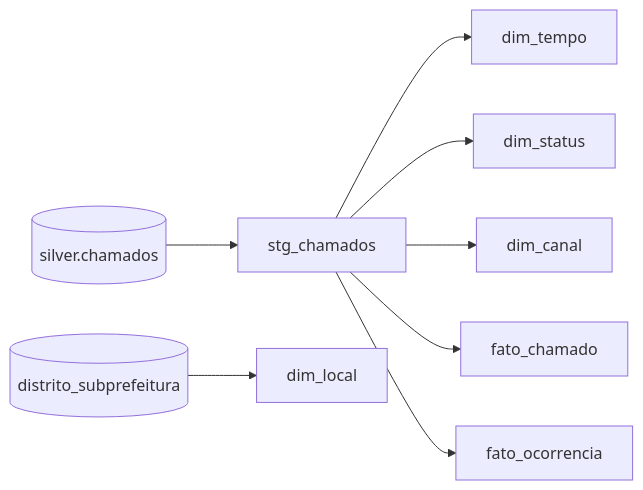
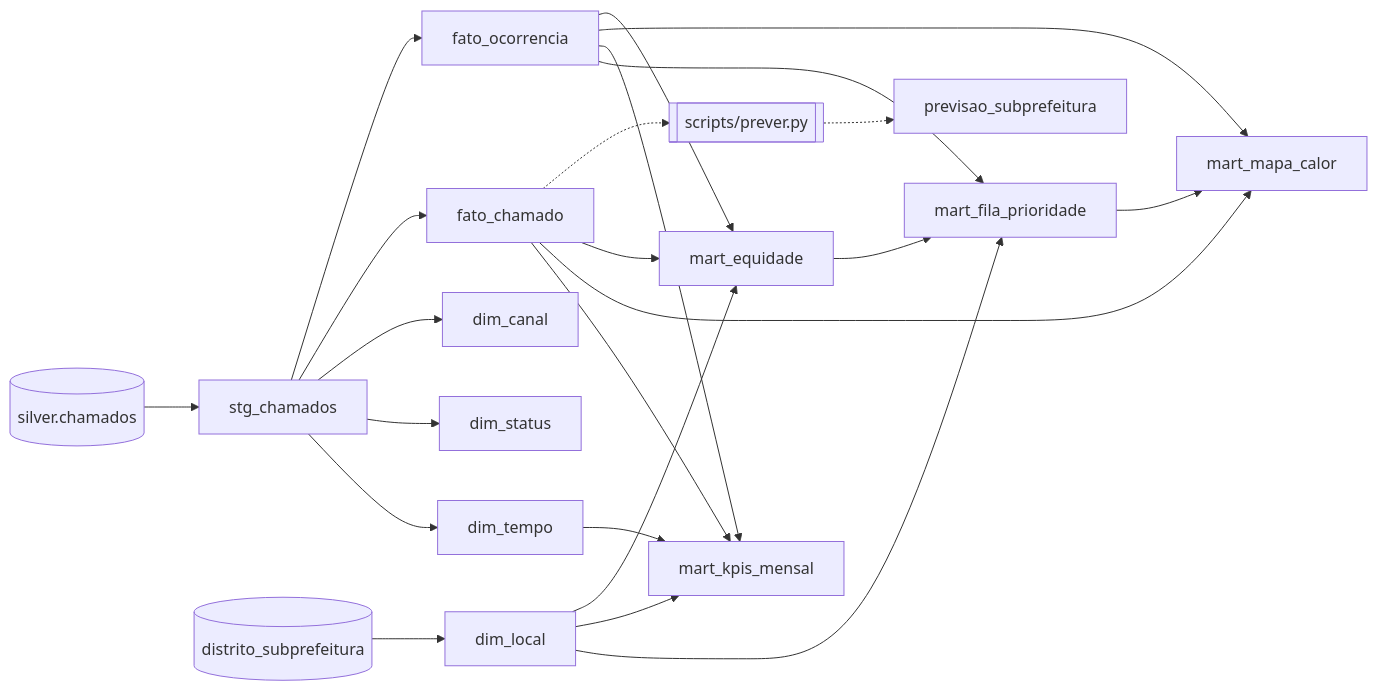
The diagram in README.md (JoaoAnisio/reparos-urbanos), drawn with Mermaid before and after one commit. The commit also changed other lines of this file, not shown here.

Commit message:
docs: Documenta os marts, o score de prioridade e o backtest da previsão

````diff
--- a/README.md
+++ b/README.md
@@ -55,10 +106,25 @@
 ```mermaid
 graph LR
     silver[(silver.chamados)] --> stg_chamados
     stg_chamados --> dim_tempo
     stg_chamados --> dim_status
     stg_chamados --> dim_canal
     stg_chamados --> fato_chamado
     stg_chamados --> fato_ocorrencia
     seed[(distrito_subprefeitura)] --> dim_local
+    fato_ocorrencia --> mart_fila_prioridade
+    dim_local --> mart_fila_prioridade
+    mart_equidade --> mart_fila_prioridade
+    fato_chamado --> mart_kpis_mensal
+    fato_ocorrencia --> mart_kpis_mensal
+    dim_tempo --> mart_kpis_mensal
+    dim_local --> mart_kpis_mensal
+    fato_chamado --> mart_mapa_calor
+    fato_ocorrencia --> mart_mapa_calor
+    mart_fila_prioridade --> mart_mapa_calor
+    fato_chamado --> mart_equidade
+    fato_ocorrencia --> mart_equidade
+    dim_local --> mart_equidade
+    fato_chamado -.-> prever[[scripts/prever.py]]
+    prever -.-> previsao_subprefeitura
 ```
````
